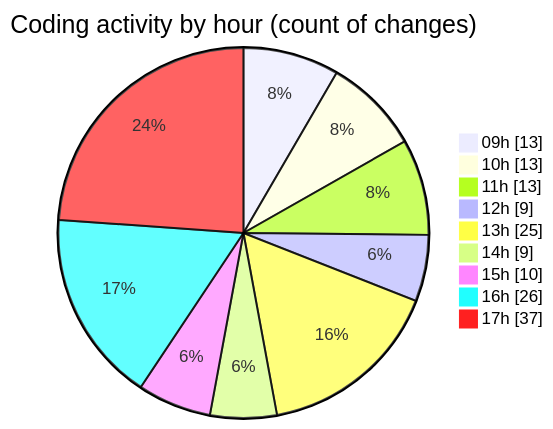
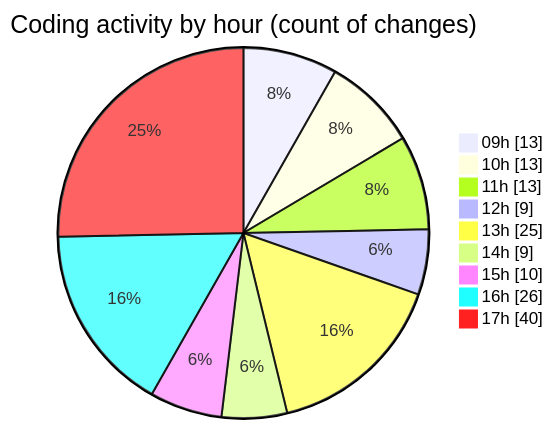
The second of 2 diagrams in 2025-09-23/cda/README.md (momahboobian/code-tracking), drawn with Mermaid before and after one commit. The commit also changed other lines of this file and 1 other file, not shown here.

````diff
--- a/2025-09-23/cda/README.md
+++ b/2025-09-23/cda/README.md
@@ -45,13 +46,13 @@
 ```mermaid
 pie showData
 title Coding activity by hour (count of changes)
 "09h" : 13
 "10h" : 13
 "11h" : 13
 "12h" : 9
 "13h" : 25
 "14h" : 9
 "15h" : 10
 "16h" : 26
-"17h" : 37
+"17h" : 40
 ```
````
